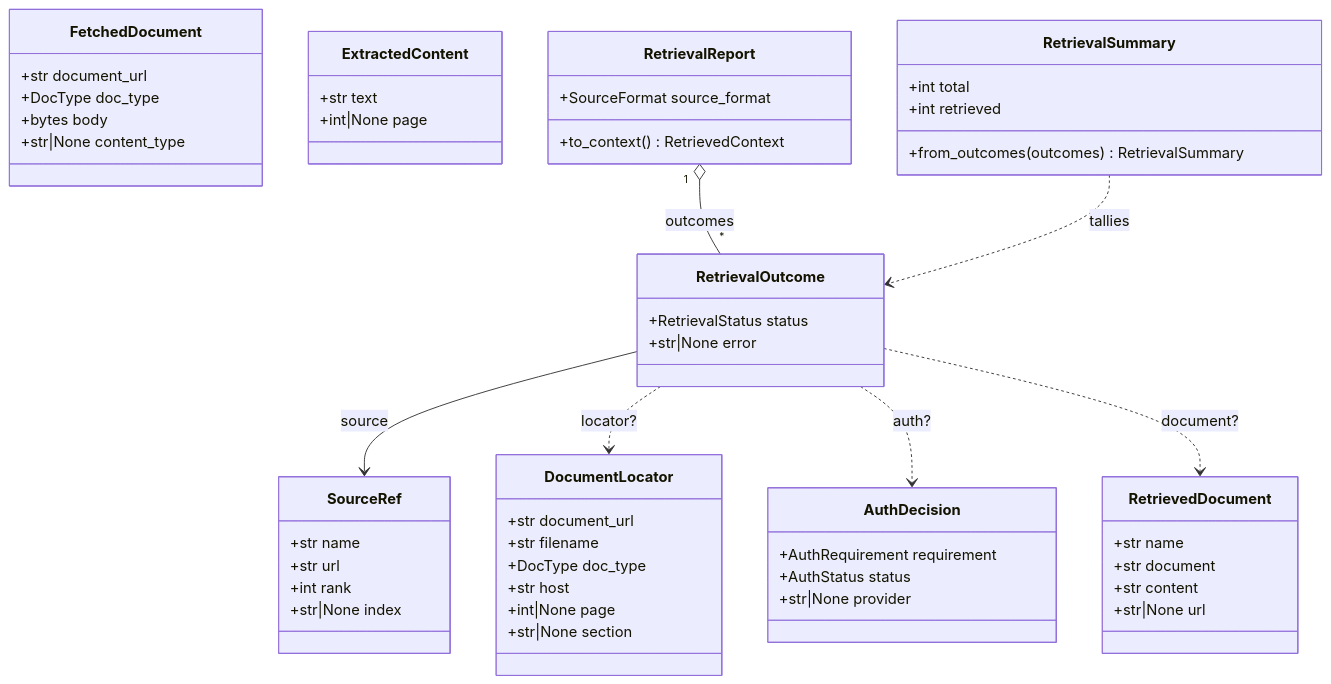
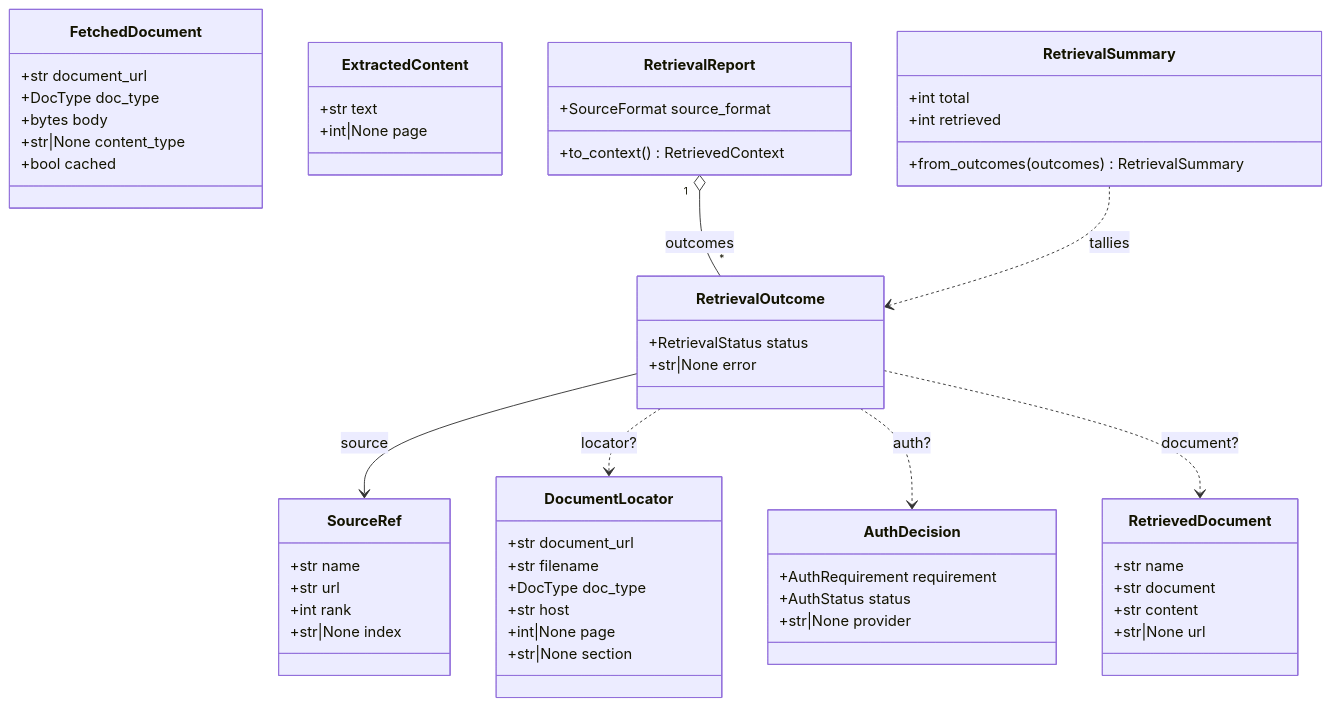
Before and after one commit to jmanuelc87/scorekeeper: the first of 4 diagrams in docs/retrieval-taxonomy.md, drawn with Mermaid. The commit also changed other lines of this file and 35 other files, not shown here.

````diff
--- a/docs/retrieval-taxonomy.md
+++ b/docs/retrieval-taxonomy.md
@@ -20,58 +20,59 @@
 ```mermaid
 classDiagram
     class SourceRef {
         +str name
         +str url
         +int rank
         +str|None index
     }
     class DocumentLocator {
         +str document_url
         +str filename
         +DocType doc_type
         +str host
         +int|None page
         +str|None section
     }
     class AuthDecision {
         +AuthRequirement requirement
         +AuthStatus status
         +str|None provider
     }
     class FetchedDocument {
         +str document_url
         +DocType doc_type
         +bytes body
         +str|None content_type
+        +bool cached
     }
     class ExtractedContent {
         +str text
         +int|None page
     }
     class RetrievalOutcome {
         +RetrievalStatus status
         +str|None error
     }
     class RetrievalReport {
         +SourceFormat source_format
         +to_context() RetrievedContext
     }
     class RetrievalSummary {
         +int total
         +int retrieved
         +from_outcomes(outcomes) RetrievalSummary
     }
     class RetrievedDocument {
         +str name
         +str document
         +str content
         +str|None url
     }
 
     RetrievalReport "1" o-- "*" RetrievalOutcome : outcomes
     RetrievalOutcome --> SourceRef : source
     RetrievalOutcome ..> DocumentLocator : locator?
     RetrievalOutcome ..> AuthDecision : auth?
     RetrievalOutcome ..> RetrievedDocument : document?
     RetrievalSummary ..> RetrievalOutcome : tallies
 ```
````
